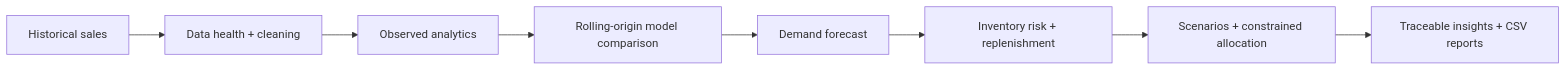
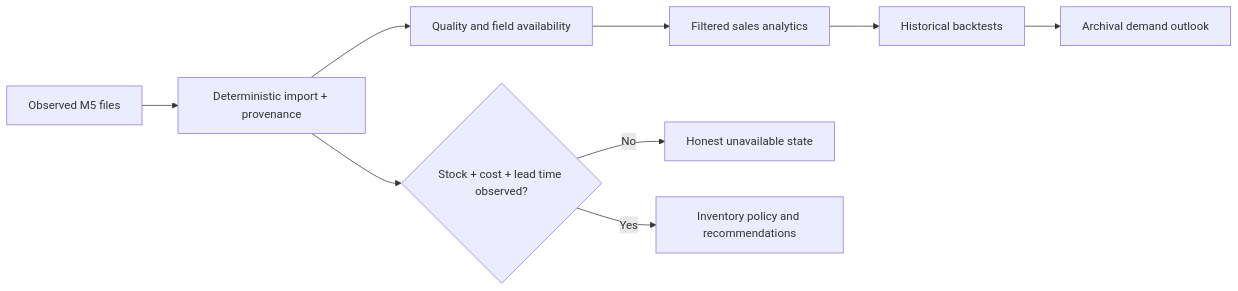
Before and after one commit to 9059Rohith/RetailMindAI: the diagram in README.md, drawn with Mermaid. The commit also changed other lines of this file and 100 other files, not shown here.

Commit message:
Use observed M5 data throughout retail app and preserve prior prototype

````diff
--- a/README.md
+++ b/README.md
@@ -21,10 +56,11 @@
 ```mermaid
 flowchart LR
-    A[Historical sales] --> B[Data health + cleaning]
-    B --> C[Observed analytics]
-    C --> D[Rolling-origin model comparison]
-    D --> E[Demand forecast]
-    E --> F[Inventory risk + replenishment]
-    F --> G[Scenarios + constrained allocation]
-    G --> H[Traceable insights + CSV reports]
+    A[Observed M5 files] --> B[Deterministic import + provenance]
+    B --> C[Quality and field availability]
+    C --> D[Filtered sales analytics]
+    D --> E[Historical backtests]
+    E --> F[Archival demand outlook]
+    B --> G{Stock + cost + lead time observed?}
+    G -- No --> H[Honest unavailable state]
+    G -- Yes --> I[Inventory policy and recommendations]
 ```
````
